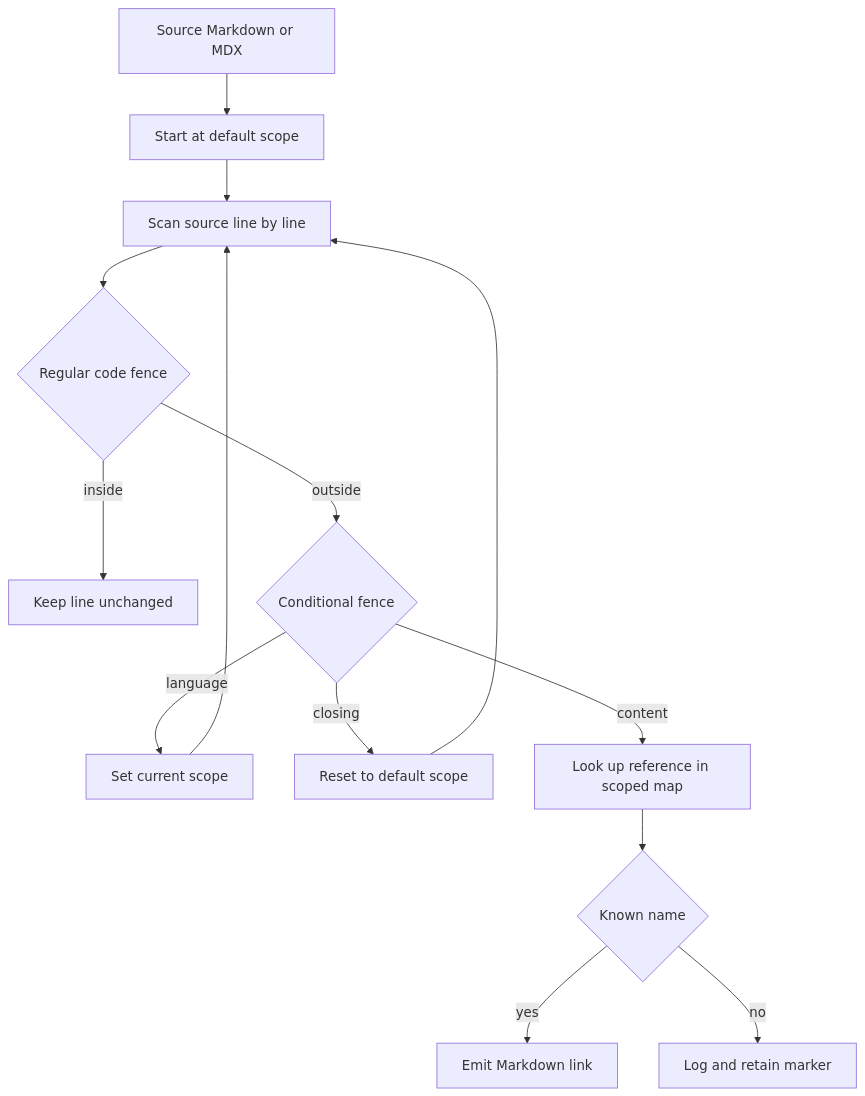
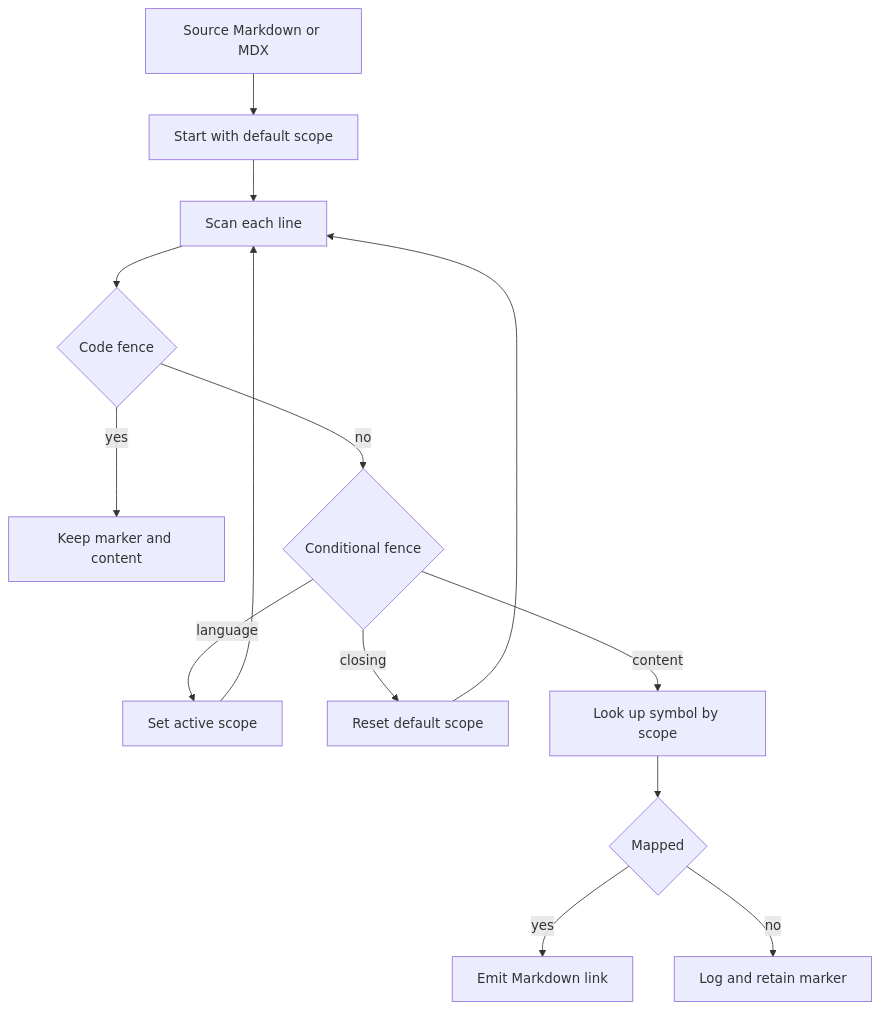
One commit to langchain-ai/docs changed the diagram in openwiki/operations/cross-references.md. Above: the diagram before and after it, drawn with Mermaid. The commit also changed other lines of this file and 37 other files, not shown here.

````diff
--- a/openwiki/operations/cross-references.md
+++ b/openwiki/operations/cross-references.md
@@ -60,16 +64,16 @@
 ```mermaid
 flowchart TD
-    Source["Source Markdown or MDX"] --> Scope["Start at default scope"]
-    Scope --> Scan["Scan source line by line"]
-    Scan --> Code{"Regular code fence"}
-    Code -->|"inside"| Keep["Keep line unchanged"]
-    Code -->|"outside"| Fence{"Conditional fence"}
-    Fence -->|"language"| SetScope["Set current scope"]
-    Fence -->|"closing"| Reset["Reset to default scope"]
-    Fence -->|"content"| Lookup["Look up reference in scoped map"]
+    Input["Source Markdown or MDX"] --> Scope["Start with default scope"]
+    Scope --> Scan["Scan each line"]
+    Scan --> Code{"Code fence"}
+    Code -->|"yes"| Preserve["Keep marker and content"]
+    Code -->|"no"| Conditional{"Conditional fence"}
+    Conditional -->|"language"| SetScope["Set active scope"]
+    Conditional -->|"closing"| Reset["Reset default scope"]
+    Conditional -->|"content"| Lookup["Look up symbol by scope"]
     SetScope --> Scan
     Reset --> Scan
-    Lookup --> Known{"Known name"}
-    Known -->|"yes"| Link["Emit Markdown link"]
-    Known -->|"no"| Literal["Log and retain marker"]
+    Lookup --> Found{"Mapped"}
+    Found -->|"yes"| Link["Emit Markdown link"]
+    Found -->|"no"| Literal["Log and retain marker"]
 ```
````
